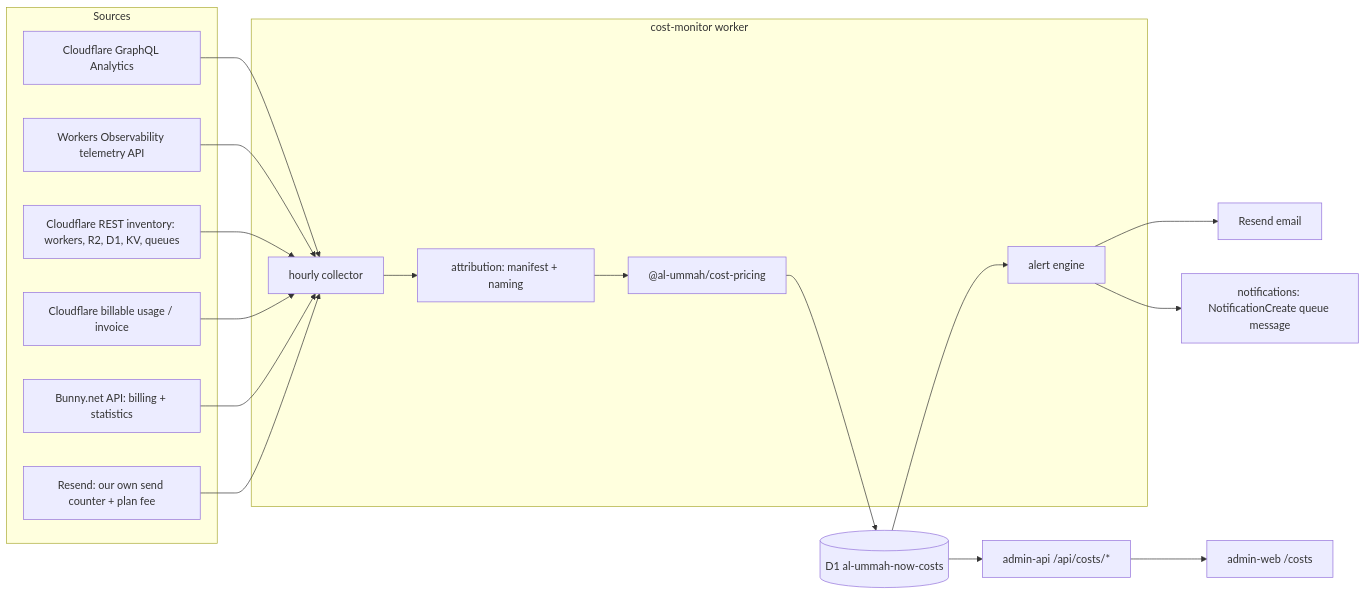
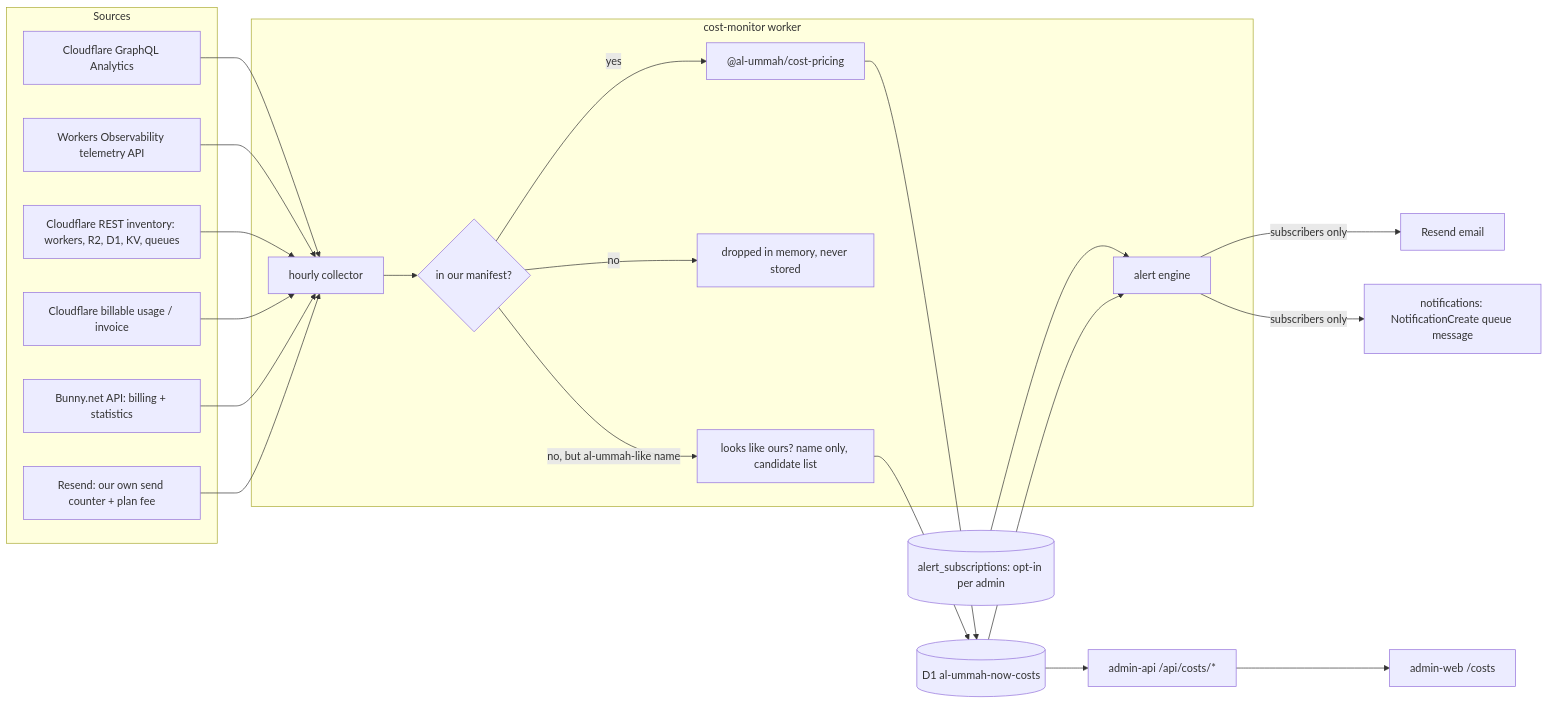
Before and after one commit to Al-Ummah-Now/AlUmmahNow: the diagram in docs/cost-monitoring/README.md, drawn with Mermaid. The commit also changed other lines of this file, not shown here.

````diff
--- a/docs/cost-monitoring/README.md
+++ b/docs/cost-monitoring/README.md
@@ -110,25 +113,33 @@
 ```mermaid
 flowchart LR
   subgraph Sources
     GQL[Cloudflare GraphQL Analytics]
     TEL[Workers Observability telemetry API]
     INV[Cloudflare REST inventory: workers, R2, D1, KV, queues]
     BILL[Cloudflare billable usage / invoice]
     BUN[Bunny.net API: billing + statistics]
     RES[Resend: our own send counter + plan fee]
   end
   subgraph cost-monitor worker
     COL[hourly collector]
-    ATT[attribution: manifest + naming]
+    SCOPE{in our manifest?}
+    DROP[dropped in memory, never stored]
+    CAND[looks like ours? name only, candidate list]
     PRC["@al-ummah/cost-pricing"]
     ALR[alert engine]
   end
   DB[(D1 al-ummah-now-costs)]
+  SUBS[(alert_subscriptions: opt-in per admin)]
   API[admin-api /api/costs/*]
   WEB[admin-web /costs]
   MAIL[Resend email]
   NOTIF[notifications: NotificationCreate queue message]
-  GQL & TEL & INV & BILL & BUN & RES --> COL --> ATT --> PRC --> DB
-  DB --> ALR --> MAIL & NOTIF
+  GQL & TEL & INV & BILL & BUN & RES --> COL --> SCOPE
+  SCOPE -- yes --> PRC --> DB
+  SCOPE -- no --> DROP
+  SCOPE -- "no, but al-ummah-like name" --> CAND --> DB
+  DB --> ALR
+  SUBS --> ALR
+  ALR -- subscribers only --> MAIL & NOTIF
   DB --> API --> WEB
 ```
````
